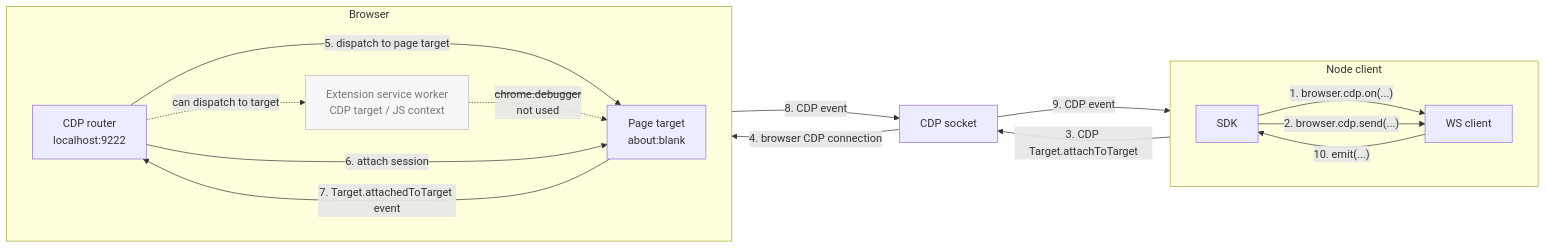
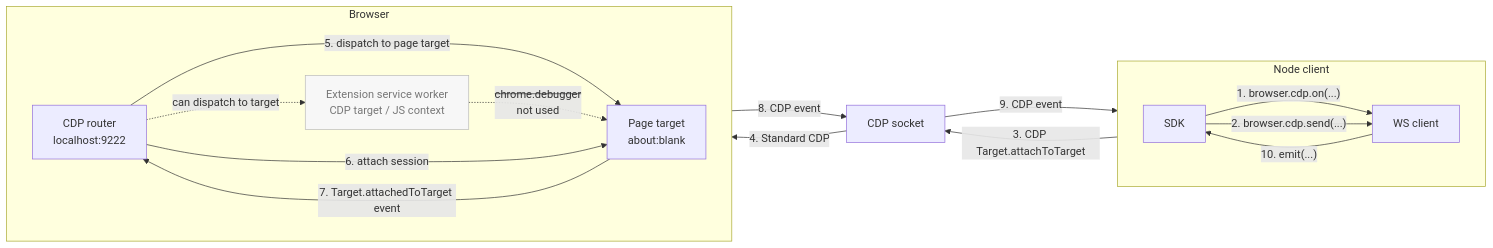
One commit to pirate/chrome-cdp-extension-bridge changed the second of 4 diagrams in README.md. Above: the diagram before and after it, drawn with Mermaid. The commit also changed other lines of this file, not shown here.

Commit message:
Normalize CDP diagram transport labels

````diff
--- a/README.md
+++ b/README.md
@@ -73,33 +73,33 @@
 ```mermaid
 flowchart LR
   subgraph Node["Node client"]
     direction LR
     SDK["SDK"]
     WS["WS client"]
     SDK -->|"1. browser.cdp.on(...)"| WS
     SDK -->|"2. browser.cdp.send(...)"| WS
   end
 
   subgraph Browser["Browser"]
     direction LR
     CDP["CDP router<br/>localhost:9222"]
     SW["Extension service worker<br/>CDP target / JS context"]
     Page["Page target<br/>about:blank"]
     CDP -. "can dispatch to target" .-> SW
     CDP -->|"5. dispatch to page target"| Page
     SW -. "<s>chrome.debugger</s><br/>not used" .-> Page
   end
 
   Socket["CDP socket"]
 
   WS -->|"3. CDP Target.attachToTarget"| Socket
-  Socket -->|"4. browser CDP connection"| CDP
+  Socket -->|"4. Standard CDP"| CDP
   CDP -->|"6. attach session"| Page
   Page -->|"7. Target.attachedToTarget event"| CDP
   CDP -->|"8. CDP event"| Socket
   Socket -->|"9. CDP event"| WS
   WS -->|"10. emit(...)"| SDK
 
   classDef idle fill:#f7f7f7,stroke:#bbb,color:#777;
   class SW idle;
 ```
````
